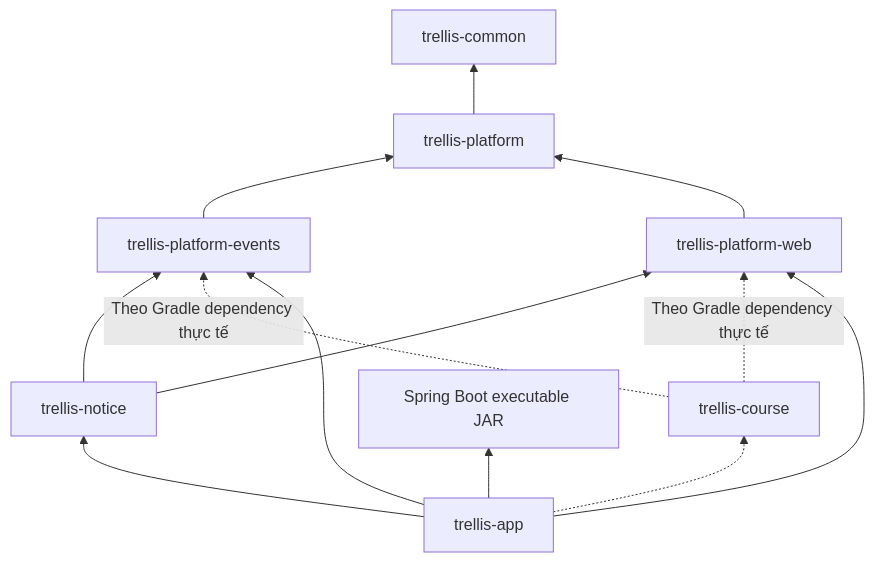
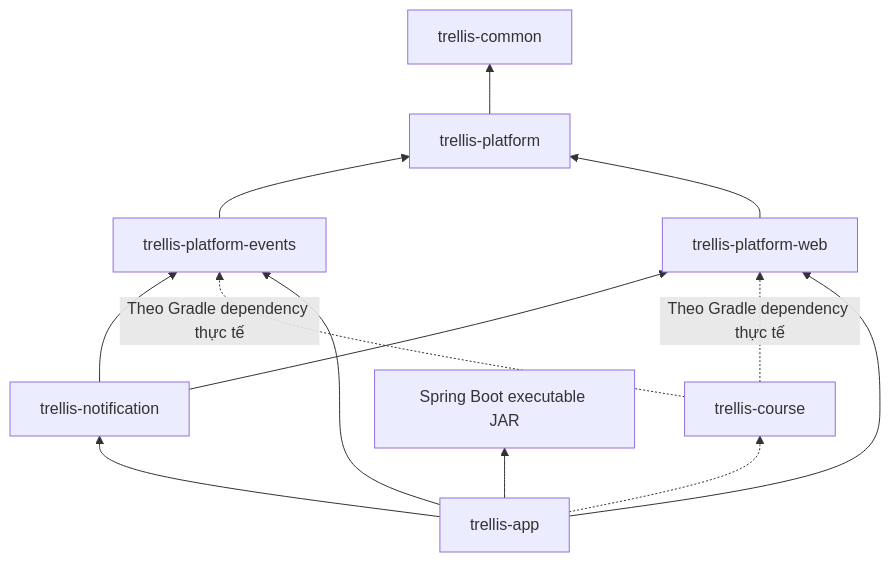
Before and after one commit to tama-nguyen/trellis-backend: the first of 3 diagrams in docs/architecture/trellis-app-docs.md, drawn with Mermaid. The commit also changed other lines of this file and 189 other files, not shown here.

First line of the commit message:
refactor(notification)!: rename the sample notice module to notification

````diff
--- a/docs/architecture/trellis-app-docs.md
+++ b/docs/architecture/trellis-app-docs.md
@@ -27,24 +27,24 @@
 ```mermaid
 flowchart BT
     COMMON["trellis-common"]
     CORE["trellis-platform"]
     EVENTS["trellis-platform-events"]
     WEB["trellis-platform-web"]
-    NOTICE["trellis-notice"]
+    NOTIFICATION["trellis-notification"]
     COURSE["trellis-course"]
     APP["trellis-app"]
     JAR["Spring Boot executable JAR"]
 
     CORE --> COMMON
     EVENTS --> CORE
     WEB --> CORE
-    NOTICE --> EVENTS
-    NOTICE --> WEB
+    NOTIFICATION --> EVENTS
+    NOTIFICATION --> WEB
     COURSE -.->|"Theo Gradle dependency thực tế"| EVENTS
     COURSE -.->|"Theo Gradle dependency thực tế"| WEB
     APP --> WEB
     APP --> EVENTS
-    APP --> NOTICE
+    APP --> NOTIFICATION
     APP -.-> COURSE
     APP --> JAR
 ```
````
